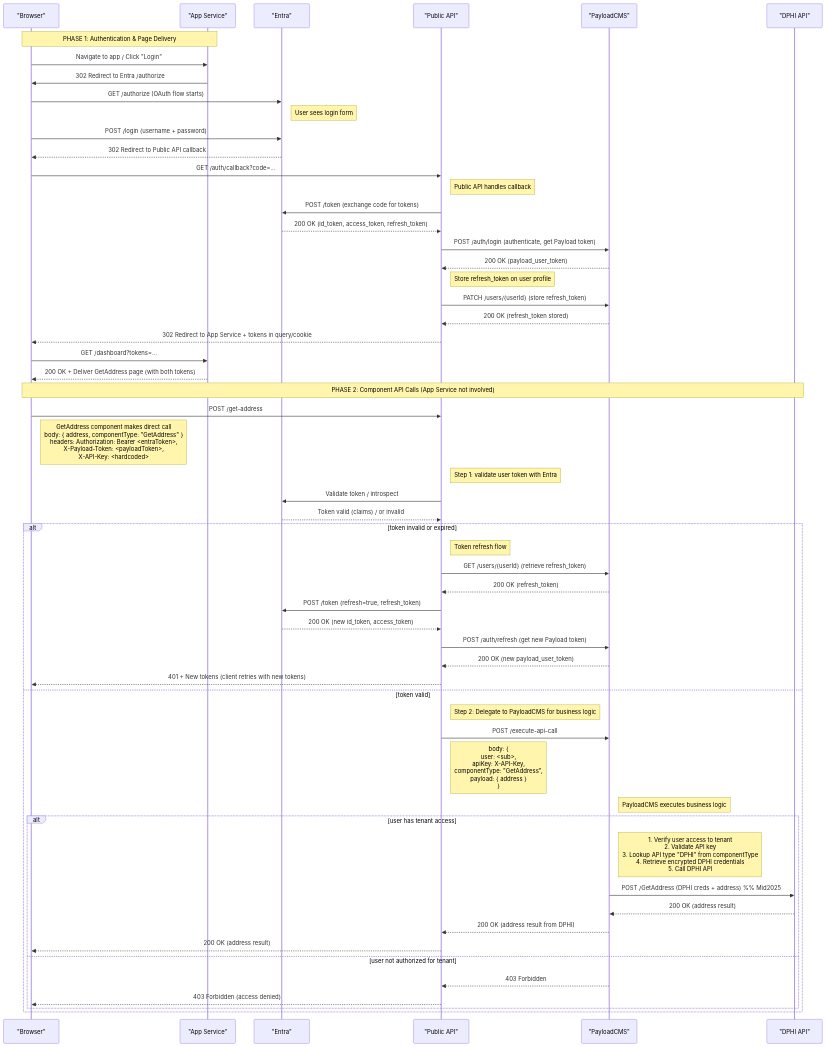
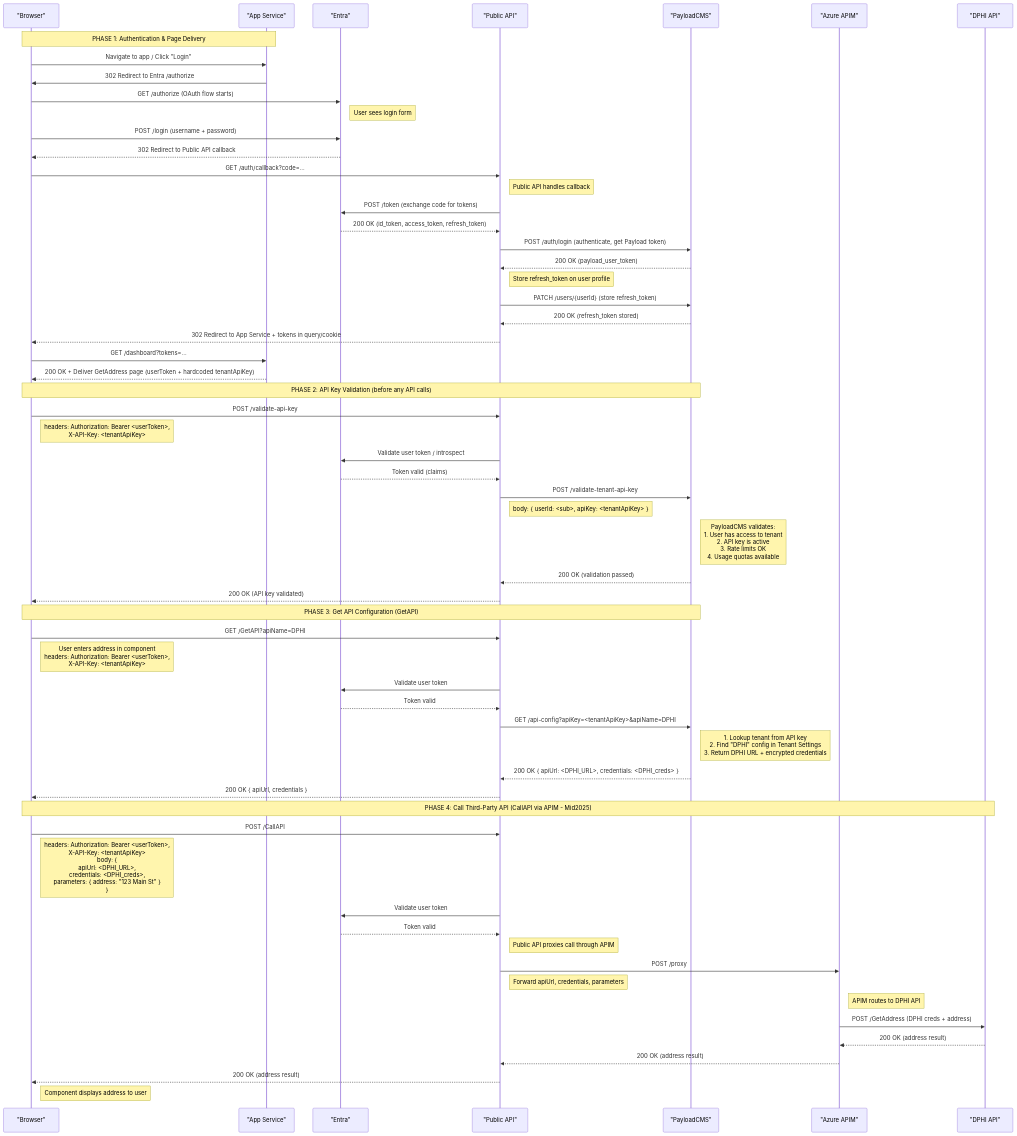
Before and after one commit to enterpriseaigroup/eai-daisy-components: the diagram in .specify/memory/prototypesequence.md, drawn with Mermaid. The commit also changed other lines of this file, not shown here.

First line of the commit message:
docs: refactor sequence diagram to RESTful architecture with GetAPI/CallAPI

````diff
--- a/.specify/memory/prototypesequence.md
+++ b/.specify/memory/prototypesequence.md
@@ -88,68 +123,80 @@
 ```mermaid
 sequenceDiagram
   participant Browser as "Browser"
   participant AppService as "App Service"
   participant Entra as "Entra"
   participant PublicAPI as "Public API"
   participant Payload as "PayloadCMS"
+  participant APIM as "Azure APIM"
   participant DPHI as "DPHI API"
 
   Note over Browser,AppService: PHASE 1: Authentication & Page Delivery
   Browser->>AppService: Navigate to app / Click "Login"
   AppService->>Browser: 302 Redirect to Entra /authorize
   Browser->>Entra: GET /authorize (OAuth flow starts)
   Note right of Entra: User sees login form
   Browser->>Entra: POST /login (username + password)
   Entra-->>Browser: 302 Redirect to Public API callback
   Browser->>PublicAPI: GET /auth/callback?code=...
 
   Note right of PublicAPI: Public API handles callback
   PublicAPI->>Entra: POST /token (exchange code for tokens)
   Entra-->>PublicAPI: 200 OK (id_token, access_token, refresh_token)
 
   PublicAPI->>Payload: POST /auth/login (authenticate, get Payload token)
   Payload-->>PublicAPI: 200 OK (payload_user_token)
 
   Note right of PublicAPI: Store refresh_token on user profile
   PublicAPI->>Payload: PATCH /users/{userId} (store refresh_token)
   Payload-->>PublicAPI: 200 OK (refresh_token stored)
 
   PublicAPI-->>Browser: 302 Redirect to App Service + tokens in query/cookie
   Browser->>AppService: GET /dashboard?tokens=...
-  AppService-->>Browser: 200 OK + Deliver GetAddress page (with both tokens)
+  AppService-->>Browser: 200 OK + Deliver GetAddress page (userToken + hardcoded tenantApiKey)
 
-  Note over Browser,DPHI: PHASE 2: Component API Calls (App Service not involved)
-  Browser->>PublicAPI: POST /get-address
-    note right of Browser: GetAddress component makes direct call<br/>body: { address, componentType: "GetAddress" }<br/>headers: Authorization: Bearer <entraToken>,<br/>X-Payload-Token: <payloadToken>,<br/>X-API-Key: <hardcoded>
+  Note over Browser,Payload: PHASE 2: API Key Validation (before any API calls)
+  Browser->>PublicAPI: POST /validate-api-key
+    note right of Browser: headers: Authorization: Bearer <userToken>,<br/>X-API-Key: <tenantApiKey>
 
-  Note right of PublicAPI: Step 1: validate user token with Entra
-  PublicAPI->>Entra: Validate token / introspect
-  Entra-->>PublicAPI: Token valid (claims) / or invalid
+  PublicAPI->>Entra: Validate user token / introspect
+  Entra-->>PublicAPI: Token valid (claims)
 
-  alt token invalid or expired
-    Note right of PublicAPI: Token refresh flow
-    PublicAPI->>Payload: GET /users/{userId} (retrieve refresh_token)
-    Payload-->>PublicAPI: 200 OK (refresh_token)
-    PublicAPI->>Entra: POST /token (refresh=true, refresh_token)
-    Entra-->>PublicAPI: 200 OK (new id_token, access_token)
-    PublicAPI->>Payload: POST /auth/refresh (get new Payload token)
-    Payload-->>PublicAPI: 200 OK (new payload_user_token)
-    PublicAPI-->>Browser: 401 + New tokens (client retries with new tokens)
-  else token valid
-    Note right of PublicAPI: Step 2: Delegate to PayloadCMS for business logic
-    PublicAPI->>Payload: POST /execute-api-call
-      note right of PublicAPI: body: {<br/>  user: <sub>,<br/>  apiKey: X-API-Key,<br/>  componentType: "GetAddress",<br/>  payload: { address }<br/>}
+  PublicAPI->>Payload: POST /validate-tenant-api-key
+    note right of PublicAPI: body: { userId: <sub>, apiKey: <tenantApiKey> }
 
-    Note right of Payload: PayloadCMS executes business logic
-    alt user has tenant access
-      Note right of Payload: 1. Verify user access to tenant<br/>2. Validate API key<br/>3. Lookup API type "DPHI" from componentType<br/>4. Retrieve encrypted DPHI credentials<br/>5. Call DPHI API
-      Payload->>DPHI: POST /GetAddress (DPHI creds + address)  %% Mid2025
-      DPHI-->>Payload: 200 OK (address result)
-      Payload-->>PublicAPI: 200 OK (address result from DPHI)
-      PublicAPI-->>Browser: 200 OK (address result)
-    else user not authorized for tenant
-      Payload-->>PublicAPI: 403 Forbidden
-      PublicAPI-->>Browser: 403 Forbidden (access denied)
-    end
-  end
+  Note right of Payload: PayloadCMS validates:<br/>1. User has access to tenant<br/>2. API key is active<br/>3. Rate limits OK<br/>4. Usage quotas available
+  Payload-->>PublicAPI: 200 OK (validation passed)
+  PublicAPI-->>Browser: 200 OK (API key validated)
+
+  Note over Browser,Payload: PHASE 3: Get API Configuration (GetAPI)
+  Browser->>PublicAPI: GET /GetAPI?apiName=DPHI
+    note right of Browser: User enters address in component<br/>headers: Authorization: Bearer <userToken>,<br/>X-API-Key: <tenantApiKey>
+
+  PublicAPI->>Entra: Validate user token
+  Entra-->>PublicAPI: Token valid
+
+  PublicAPI->>Payload: GET /api-config?apiKey=<tenantApiKey>&apiName=DPHI
+  Note right of Payload: 1. Lookup tenant from API key<br/>2. Find "DPHI" config in Tenant Settings<br/>3. Return DPHI URL + encrypted credentials
+  Payload-->>PublicAPI: 200 OK { apiUrl: <DPHI_URL>, credentials: <DPHI_creds> }
+
+  PublicAPI-->>Browser: 200 OK { apiUrl, credentials }
+
+  Note over Browser,DPHI: PHASE 4: Call Third-Party API (CallAPI via APIM - Mid2025)
+  Browser->>PublicAPI: POST /CallAPI
+    note right of Browser: headers: Authorization: Bearer <userToken>,<br/>X-API-Key: <tenantApiKey><br/>body: {<br/>  apiUrl: <DPHI_URL>,<br/>  credentials: <DPHI_creds>,<br/>  parameters: { address: "123 Main St" }<br/>}
+
+  PublicAPI->>Entra: Validate user token
+  Entra-->>PublicAPI: Token valid
+
+  Note right of PublicAPI: Public API proxies call through APIM
+  PublicAPI->>APIM: POST /proxy
+    note right of PublicAPI: Forward apiUrl, credentials, parameters
+
+  Note right of APIM: APIM routes to DPHI API
+  APIM->>DPHI: POST /GetAddress (DPHI creds + address)
+  DPHI-->>APIM: 200 OK (address result)
+
+  APIM-->>PublicAPI: 200 OK (address result)
+  PublicAPI-->>Browser: 200 OK (address result)
+  Note right of Browser: Component displays address to user
 ```
````
